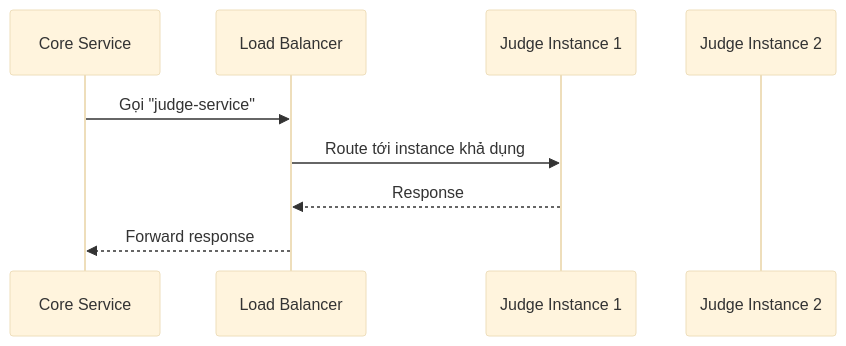
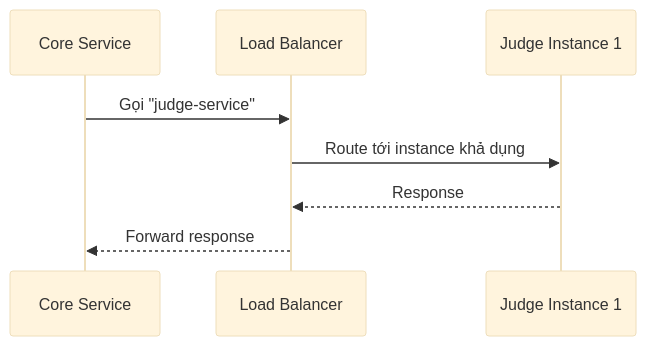
Before and after one commit to hungdn1701/ptit-microservice-textbook: the fourth of 9 diagrams in manuscript/chapter-04.md, drawn with Mermaid (base theme). The commit also changed other lines of this file and 13 other files, not shown here.

````diff
--- a/manuscript/chapter-04.md
+++ b/manuscript/chapter-04.md
@@ -234,12 +182,11 @@
 ```mermaid
 sequenceDiagram
     participant CS as Core Service
     participant LB as Load Balancer
     participant J1 as Judge Instance 1
-    participant J2 as Judge Instance 2
     
     CS->>LB: Gọi "judge-service"
     LB->>J1: Route tới instance khả dụng
     J1-->>LB: Response
     LB-->>CS: Forward response
 ```
````
